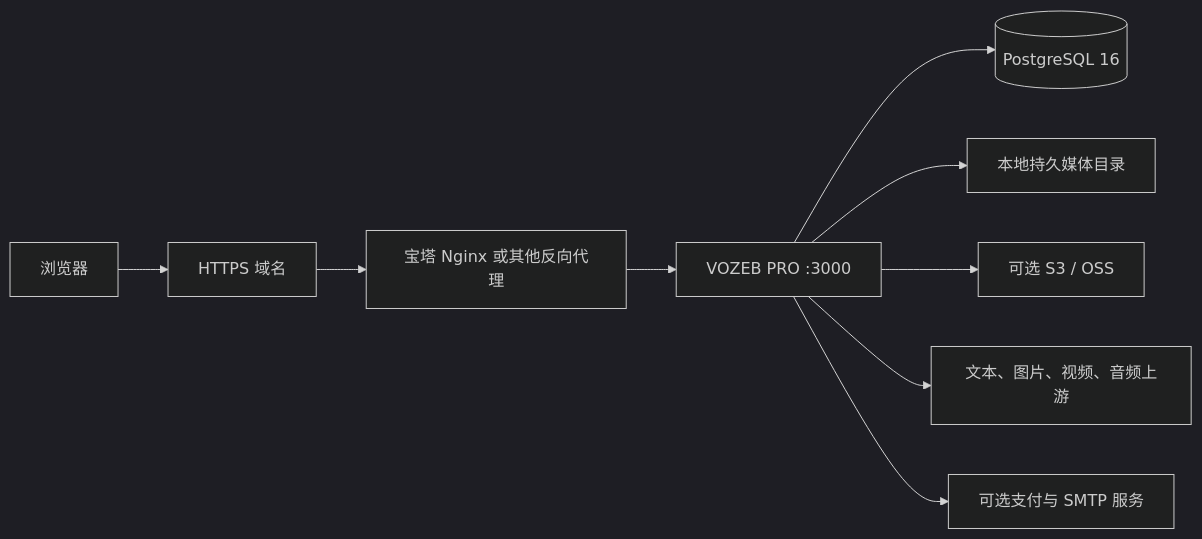
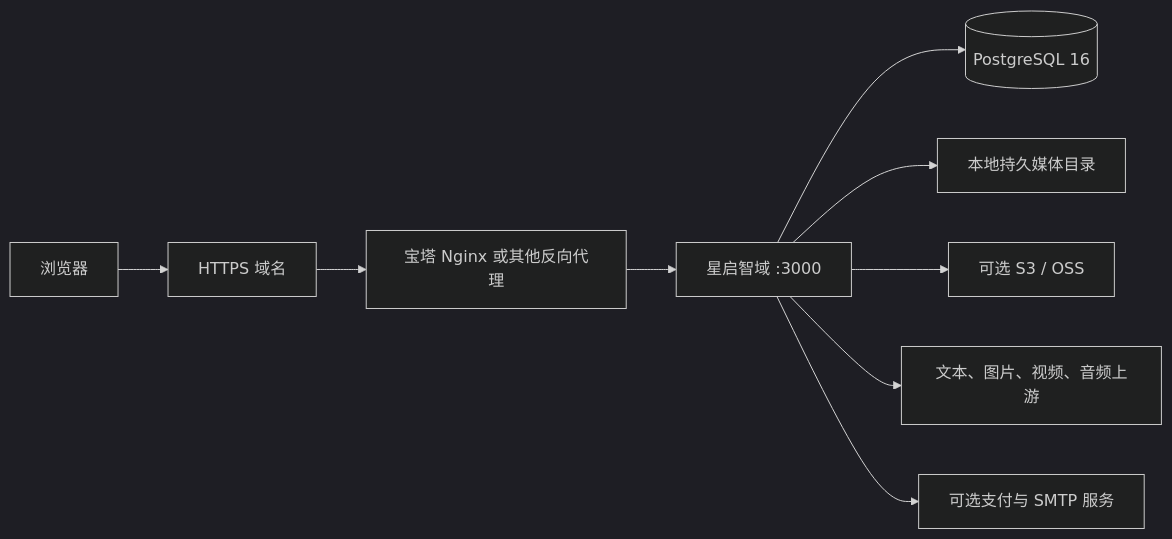
One commit to csyqlz/VOZEB-PRO changed the fifth of 6 diagrams in docs/content/docs/overview/project-structure.mdx. Above: the diagram before and after it, drawn with Mermaid (dark theme). The commit also changed other lines of this file and 263 other files, not shown here.

````diff
--- a/docs/content/docs/overview/project-structure.mdx
+++ b/docs/content/docs/overview/project-structure.mdx
@@ -192,11 +192,11 @@
 ```mermaid
 flowchart LR
     USER["浏览器"] --> HTTPS["HTTPS 域名"]
     HTTPS --> NGINX["宝塔 Nginx 或其他反向代理"]
-    NGINX --> APP["VOZEB PRO :3000"]
+    NGINX --> APP["星启智域 :3000"]
     APP --> PG[("PostgreSQL 16")]
     APP --> LOCAL["本地持久媒体目录"]
     APP --> OSS["可选 S3 / OSS"]
     APP --> AI["文本、图片、视频、音频上游"]
     APP --> PAY["可选支付与 SMTP 服务"]
 ```
````
